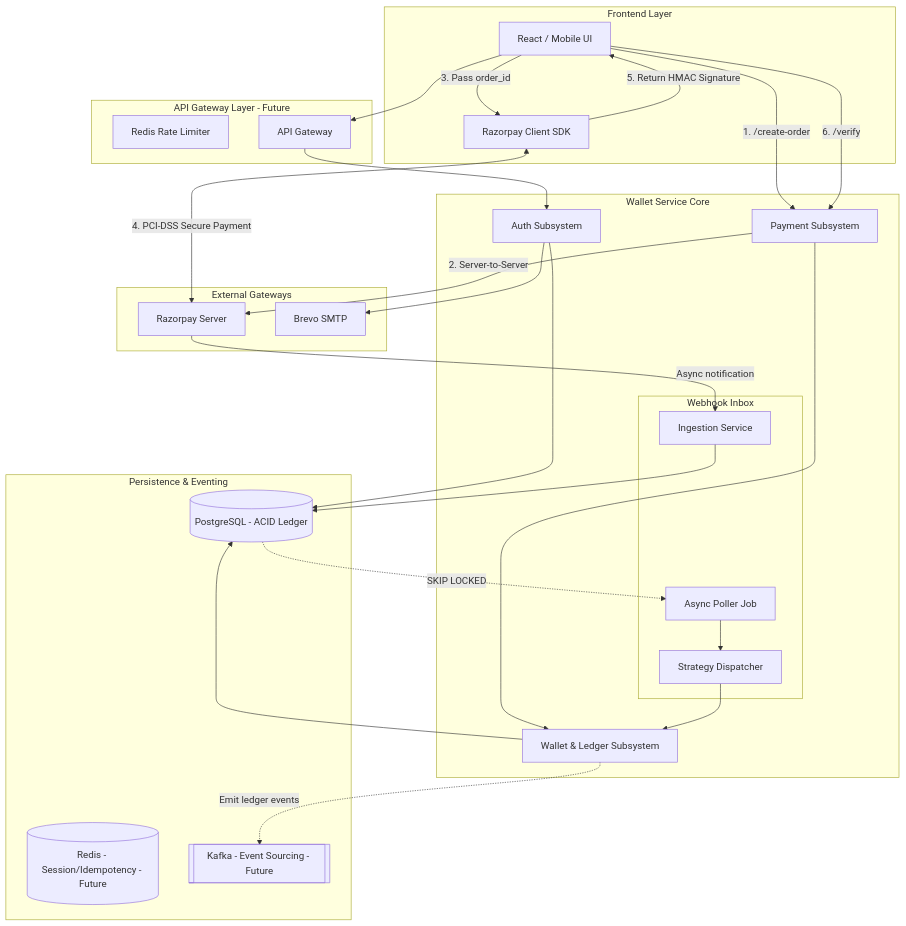
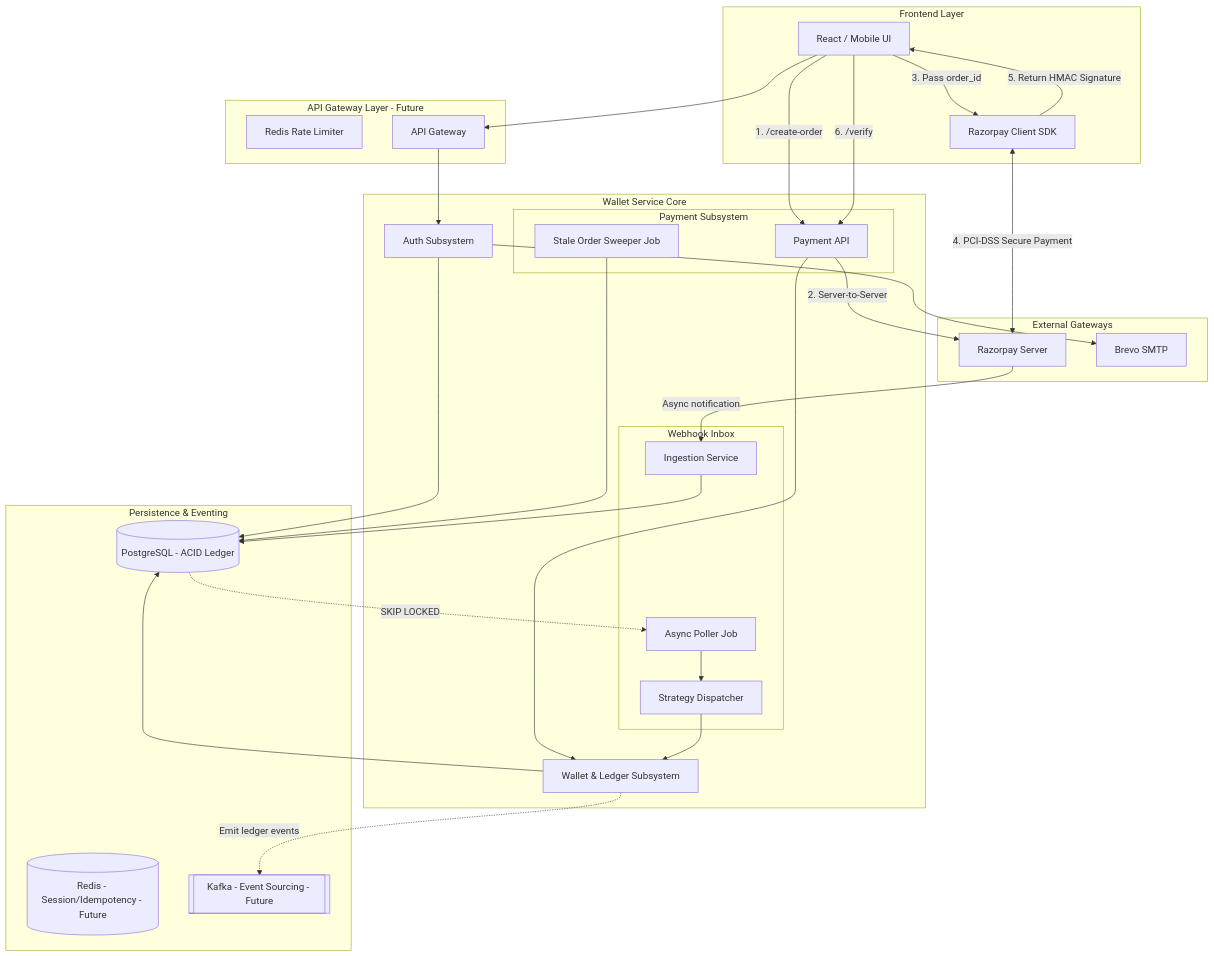
The first of 4 diagrams in README.md (abhi01-01/Wallet-Service), drawn with Mermaid before and after one commit. The commit also changed other lines of this file and 7 other files, not shown here.

First line of the commit message:
feat(payment): add status polling endpoint and distributed stale order cleanup

````diff
--- a/README.md
+++ b/README.md
@@ -39,61 +39,69 @@
 ```mermaid
 graph TD
     subgraph Client [Frontend Layer]
         UI[React / Mobile UI]
         RZP_SDK[Razorpay Client SDK]
     end
 
     subgraph Infrastructure [API Gateway Layer - Future]
         RL[Redis Rate Limiter]
         AuthZ[API Gateway]
     end
 
     subgraph Service [Wallet Service Core]
         Auth[Auth Subsystem]
-        Pay[Payment Subsystem]
+        
+        subgraph Payment Subsystem
+            Pay[Payment API]
+            Sweeper[Stale Order Sweeper Job]
+        end
+        
         Wal[Wallet & Ledger Subsystem]
         
         subgraph Webhook Inbox
             Ingest[Ingestion Service]
             Poller[Async Poller Job]
             Strat[Strategy Dispatcher]
         end
     end
 
     subgraph Storage [Persistence & Eventing]
         DB[(PostgreSQL - ACID Ledger)]
         Cache[(Redis - Session/Idempotency - Future)]
         MQ[[Kafka - Event Sourcing - Future]]
     end
 
     subgraph External [External Gateways]
         RZP_API[Razorpay Server]
         Brevo[Brevo SMTP]
     end
 
     %% Auth Flow
     UI --> AuthZ
     AuthZ --> Auth
     Auth --> DB
     Auth --> Brevo
 
     %% Payment Flow
     UI -->|1. /create-order| Pay
     Pay -->|2. Server-to-Server| RZP_API
     UI -->|3. Pass order_id| RZP_SDK
     RZP_SDK <-->|4. PCI-DSS Secure Payment| RZP_API
     RZP_SDK -->|5. Return HMAC Signature| UI
     UI -->|6. /verify| Pay
     Pay --> Wal
 
     %% Webhook Flow
     RZP_API -->|Async notification| Ingest
     Ingest --> DB
     DB -.->|SKIP LOCKED| Poller
     Poller --> Strat
     Strat --> Wal
 
     %% Wallet Flow
     Wal --> DB
     Wal -.->|Emit ledger events| MQ
+
+    %% Cleanup Flow
+    Sweeper --> DB
 ```
````
